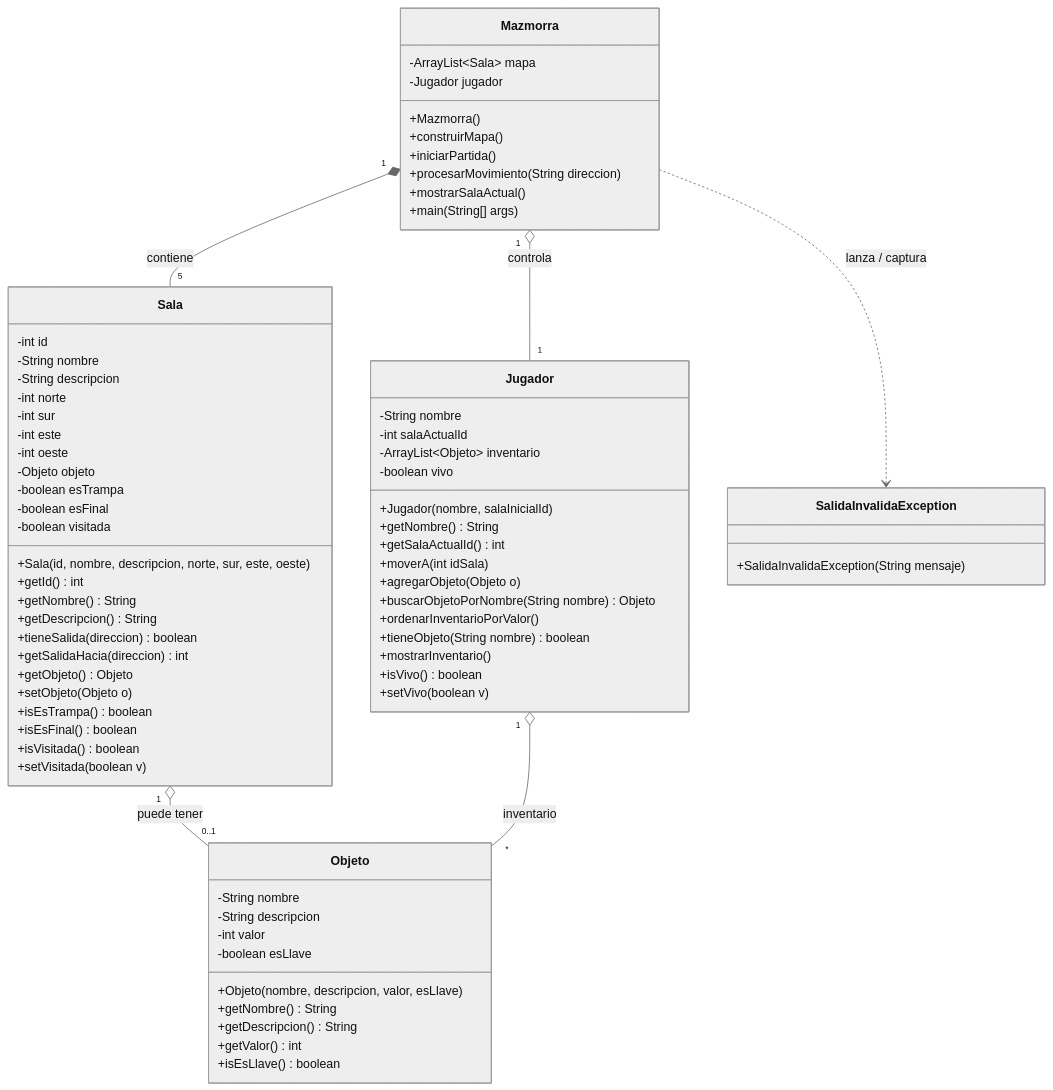
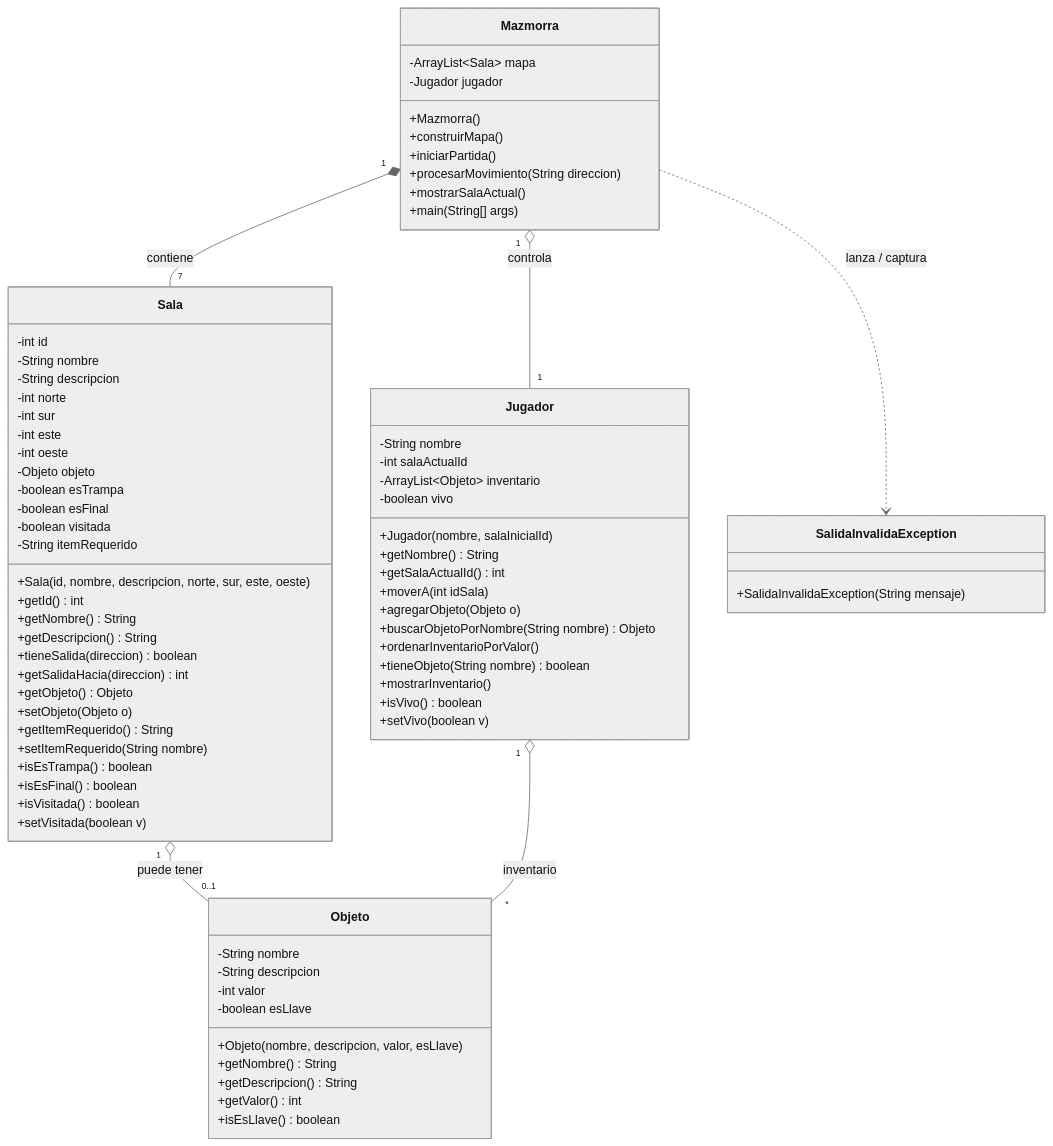
Before and after one commit to sebasayalaaa/mazmorra-medieval-informatica1: the diagram in DIAGRAMA_CLASES.md, drawn with Mermaid (neutral theme). The commit also changed 3 other files, not shown here.

Commit message:
Amplia el mapa a 7 salas y generaliza el bloqueo con itemRequerido

````diff
--- a/DIAGRAMA_CLASES.md
+++ b/DIAGRAMA_CLASES.md
@@ -9,79 +9,82 @@
 ```mermaid
 classDiagram
     class Sala {
         -int id
         -String nombre
         -String descripcion
         -int norte
         -int sur
         -int este
         -int oeste
         -Objeto objeto
         -boolean esTrampa
         -boolean esFinal
         -boolean visitada
+        -String itemRequerido
         +Sala(id, nombre, descripcion, norte, sur, este, oeste)
         +getId() int
         +getNombre() String
         +getDescripcion() String
         +tieneSalida(direccion) boolean
         +getSalidaHacia(direccion) int
         +getObjeto() Objeto
         +setObjeto(Objeto o)
+        +getItemRequerido() String
+        +setItemRequerido(String nombre)
         +isEsTrampa() boolean
         +isEsFinal() boolean
         +isVisitada() boolean
         +setVisitada(boolean v)
     }
 
     class Objeto {
         -String nombre
         -String descripcion
         -int valor
         -boolean esLlave
         +Objeto(nombre, descripcion, valor, esLlave)
         +getNombre() String
         +getDescripcion() String
         +getValor() int
         +isEsLlave() boolean
     }
 
     class Jugador {
         -String nombre
         -int salaActualId
         -ArrayList~Objeto~ inventario
         -boolean vivo
         +Jugador(nombre, salaInicialId)
         +getNombre() String
         +getSalaActualId() int
         +moverA(int idSala)
         +agregarObjeto(Objeto o)
         +buscarObjetoPorNombre(String nombre) Objeto
         +ordenarInventarioPorValor()
         +tieneObjeto(String nombre) boolean
         +mostrarInventario()
         +isVivo() boolean
         +setVivo(boolean v)
     }
 
     class SalidaInvalidaException {
         +SalidaInvalidaException(String mensaje)
     }
 
     class Mazmorra {
         -ArrayList~Sala~ mapa
         -Jugador jugador
         +Mazmorra()
         +construirMapa()
         +iniciarPartida()
         +procesarMovimiento(String direccion)
         +mostrarSalaActual()
         +main(String[] args)
     }
 
-    Mazmorra "1" *-- "5" Sala : contiene
+    Mazmorra "1" *-- "7" Sala : contiene
     Mazmorra "1" o-- "1" Jugador : controla
     Sala "1" o-- "0..1" Objeto : puede tener
     Jugador "1" o-- "*" Objeto : inventario
     Mazmorra ..> SalidaInvalidaException : lanza / captura
 ```
````
